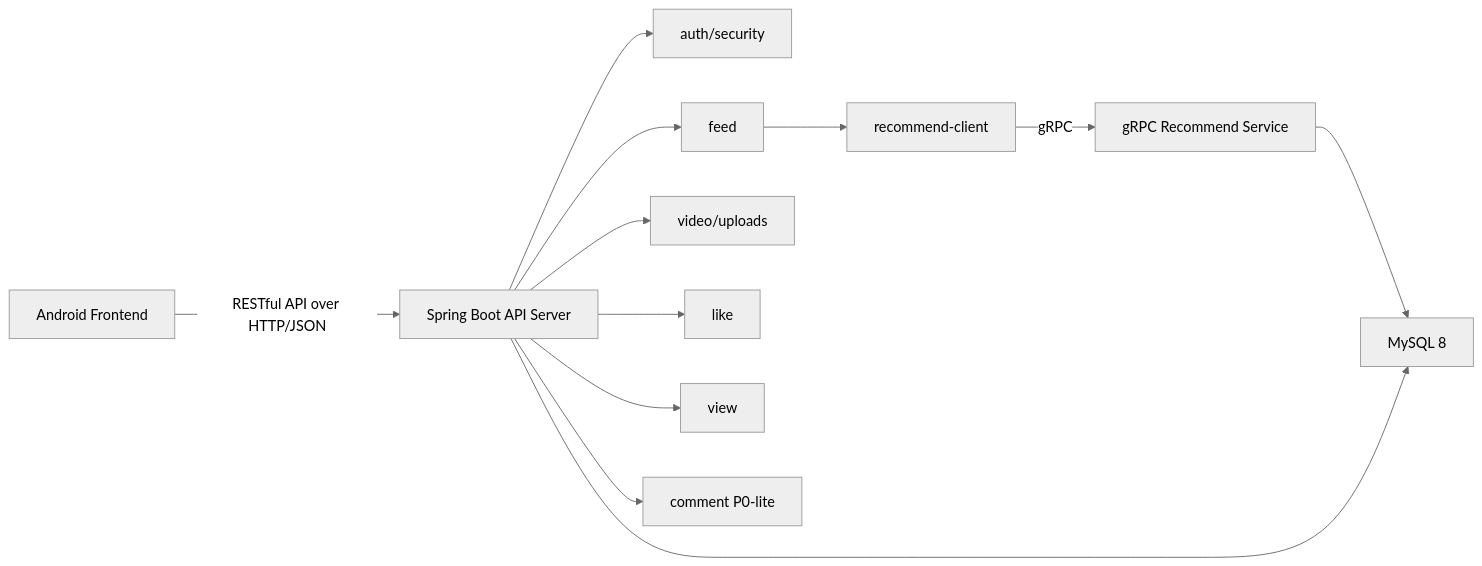
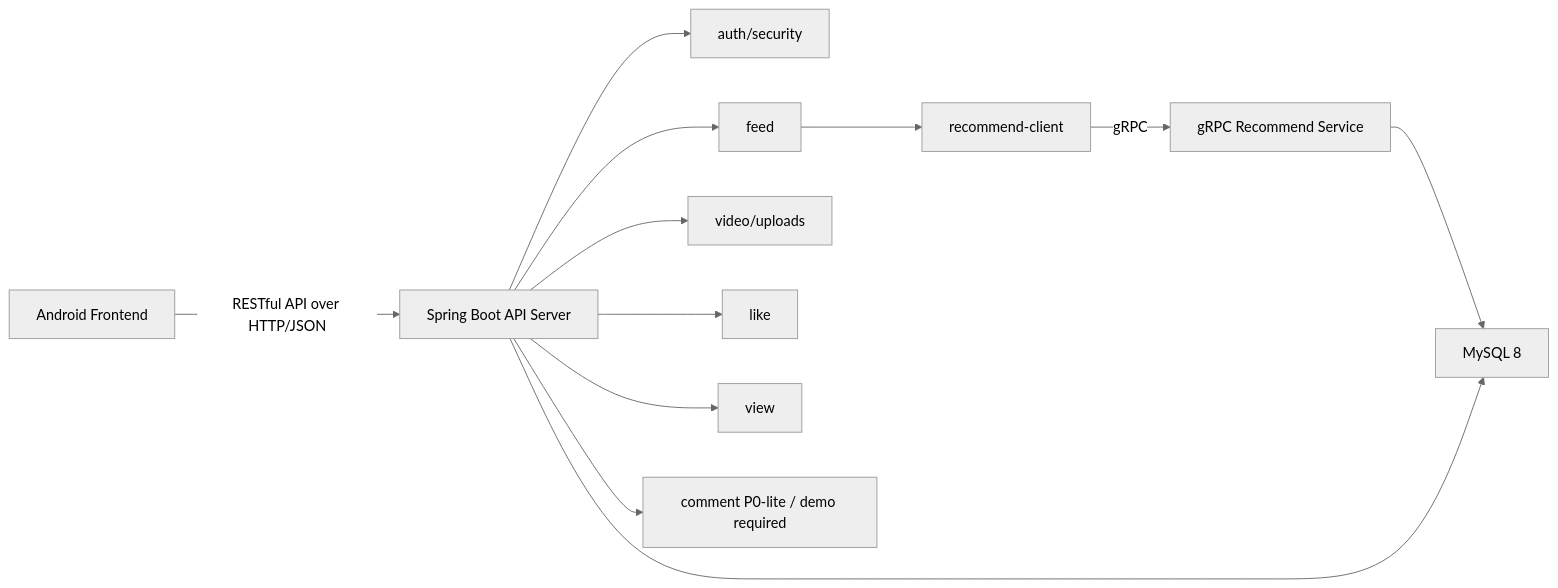
Before and after one commit to lyiln/simple-douyin: the diagram in docs/backend-module-plan.md, drawn with Mermaid (neutral theme). The commit also changed other lines of this file and 8 other files, not shown here.

````diff
--- a/docs/backend-module-plan.md
+++ b/docs/backend-module-plan.md
@@ -57,14 +57,14 @@
 ```mermaid
 flowchart LR
     Client["Android Frontend"] -->|"RESTful API over HTTP/JSON"| API["Spring Boot API Server"]
     API --> Auth["auth/security"]
     API --> Feed["feed"]
     API --> Video["video/uploads"]
     API --> Like["like"]
     API --> View["view"]
-    API --> Comment["comment P0-lite"]
+    API --> Comment["comment P0-lite / demo required"]
     Feed --> RecClient["recommend-client"]
     RecClient -->|"gRPC"| RecSvc["gRPC Recommend Service"]
     RecSvc --> DB["MySQL 8"]
     API --> DB
 ```
````
